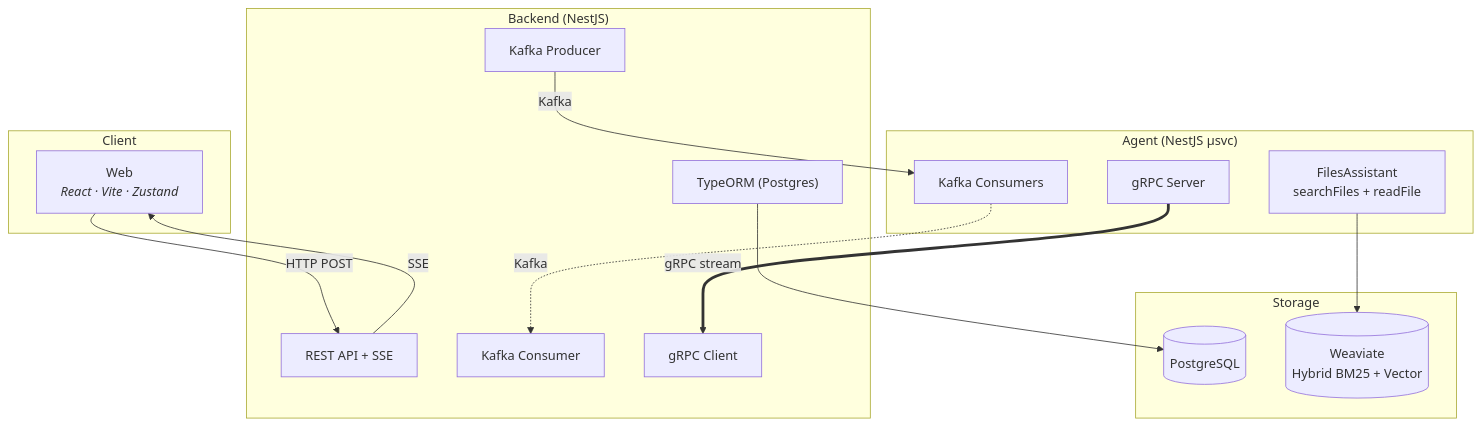
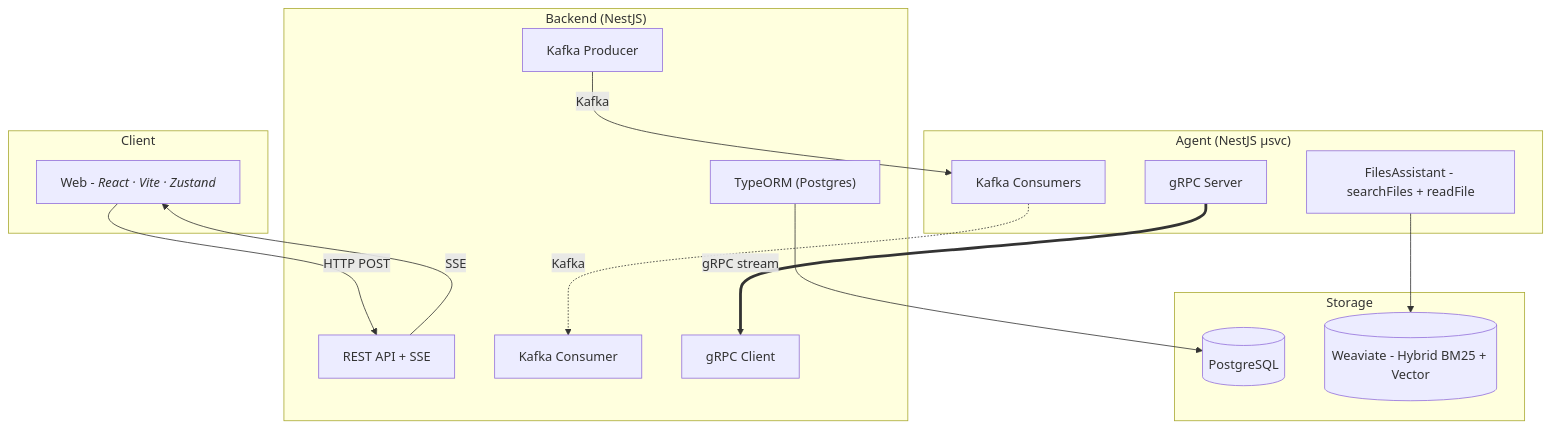
One commit to JackTran15/files-assistant-system changed the first of 3 diagrams in README.md. Above: the diagram before and after it, drawn with Mermaid. The commit also changed 8 other files, not shown here.

````diff
--- a/README.md
+++ b/README.md
@@ -146,33 +146,33 @@
 ```mermaid
 graph TB
     subgraph Client
-        Web["Web<br/><i>React · Vite · Zustand</i>"]
+        Web["Web - <i>React · Vite · Zustand</i>"]
     end
 
     subgraph Backend["Backend (NestJS)"]
         API["REST API + SSE"]
         KP["Kafka Producer"]
         KC["Kafka Consumer"]
         GRPC_C["gRPC Client"]
         ORM["TypeORM (Postgres)"]
     end
 
     subgraph Agent["Agent (NestJS µsvc)"]
-        FA["FilesAssistant<br/>searchFiles + readFile"]
+        FA["FilesAssistant - searchFiles + readFile"]
         KAFKA_CON["Kafka Consumers"]
         GRPC_S["gRPC Server"]
     end
 
     subgraph Storage
         PG[(PostgreSQL)]
-        WV[(Weaviate<br/>Hybrid BM25 + Vector)]
+        WV[(Weaviate - Hybrid BM25 + Vector)]
     end
 
     Web -->|"HTTP POST"| API
     API -->|"SSE"| Web
     KP -->|"Kafka"| KAFKA_CON
     KAFKA_CON -.->|"Kafka"| KC
     GRPC_S ==>|"gRPC stream"| GRPC_C
     ORM --> PG
     FA --> WV
 ```
````
